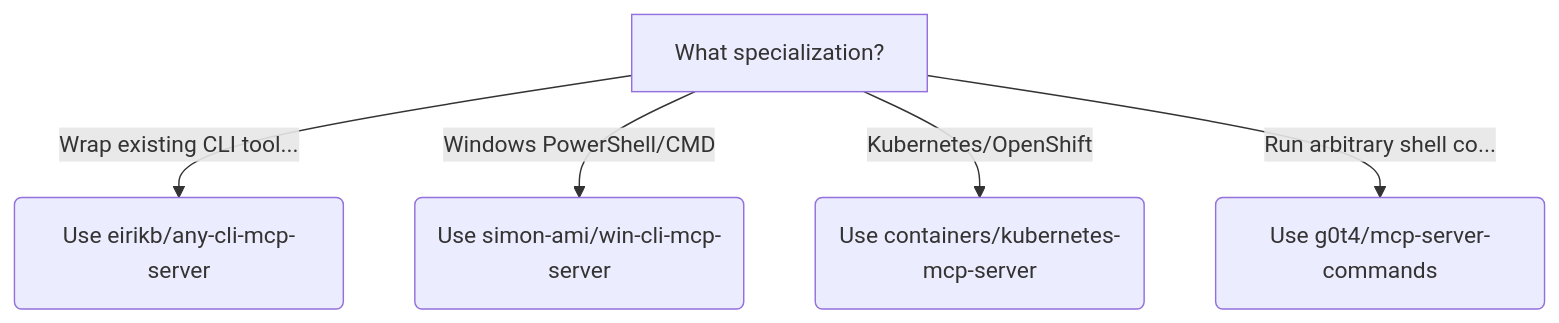
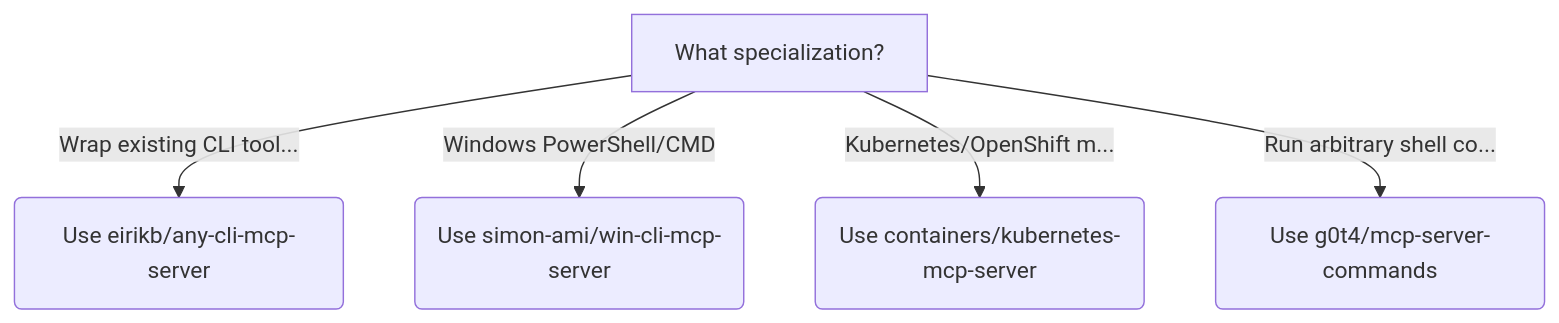
One commit to kb4ai/mcp-client-tools-comparison-pub-kb changed the eighth of 10 diagrams in comparisons/decision-tree.md. Above: the diagram before and after it, drawn with Mermaid. The commit also changed other lines of this file and 4 other files, not shown here.

````diff
--- a/comparisons/decision-tree.md
+++ b/comparisons/decision-tree.md
@@ -141,14 +173,14 @@
 ```mermaid
 %% Subtree: Specialized - CLI wrapping, Windows, Kubernetes
 
 flowchart TD
     mcp_tool_chooser_6["What specialization?"]
     mcp_tool_chooser_6 -->|"Wrap existing CLI tool..."| mcp_tool_chooser_6_0
     mcp_tool_chooser_6_0("Use eirikb/any-cli-mcp-server")
     mcp_tool_chooser_6 -->|"Windows PowerShell/CMD"| mcp_tool_chooser_6_1
     mcp_tool_chooser_6_1("Use simon-ami/win-cli-mcp-server")
-    mcp_tool_chooser_6 -->|"Kubernetes/OpenShift"| mcp_tool_chooser_6_2
+    mcp_tool_chooser_6 -->|"Kubernetes/OpenShift m..."| mcp_tool_chooser_6_2
     mcp_tool_chooser_6_2("Use containers/kubernetes-mcp-server")
     mcp_tool_chooser_6 -->|"Run arbitrary shell co..."| mcp_tool_chooser_6_3
     mcp_tool_chooser_6_3("Use g0t4/mcp-server-commands")
 ```
````
